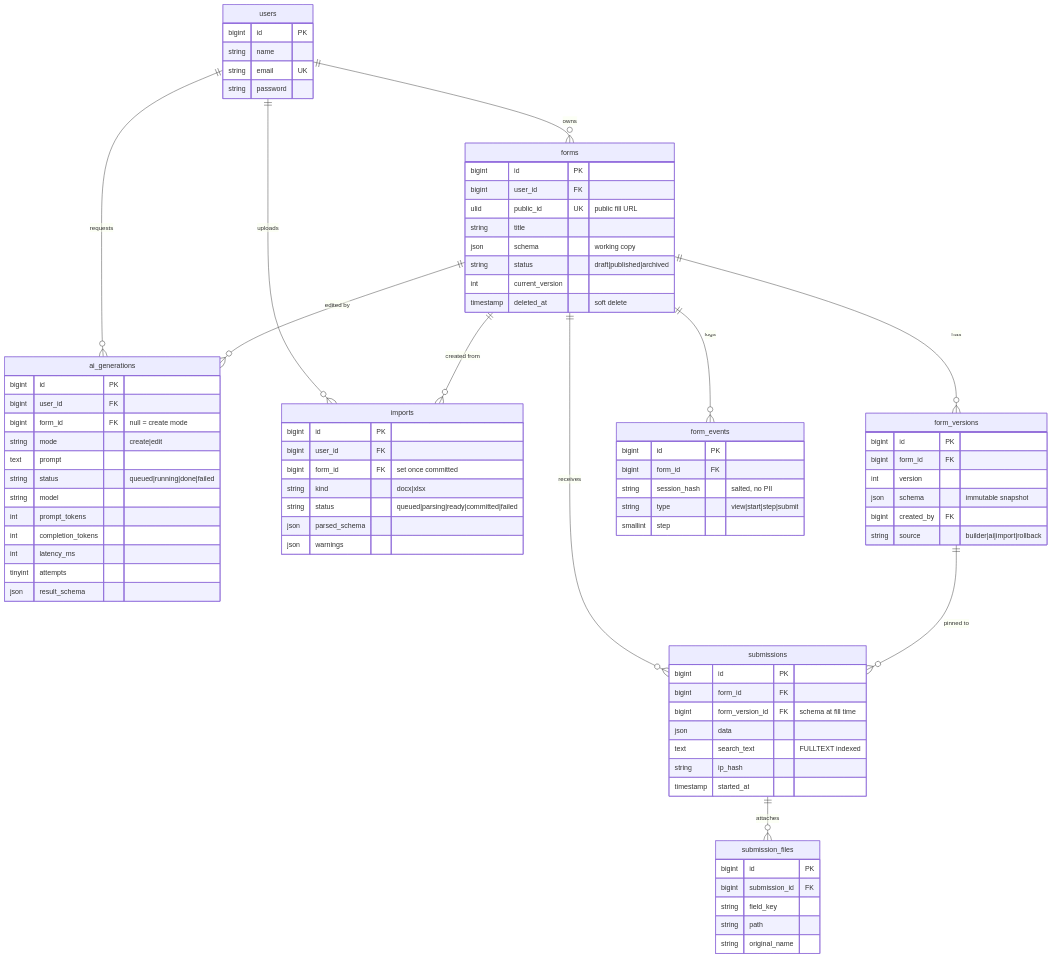
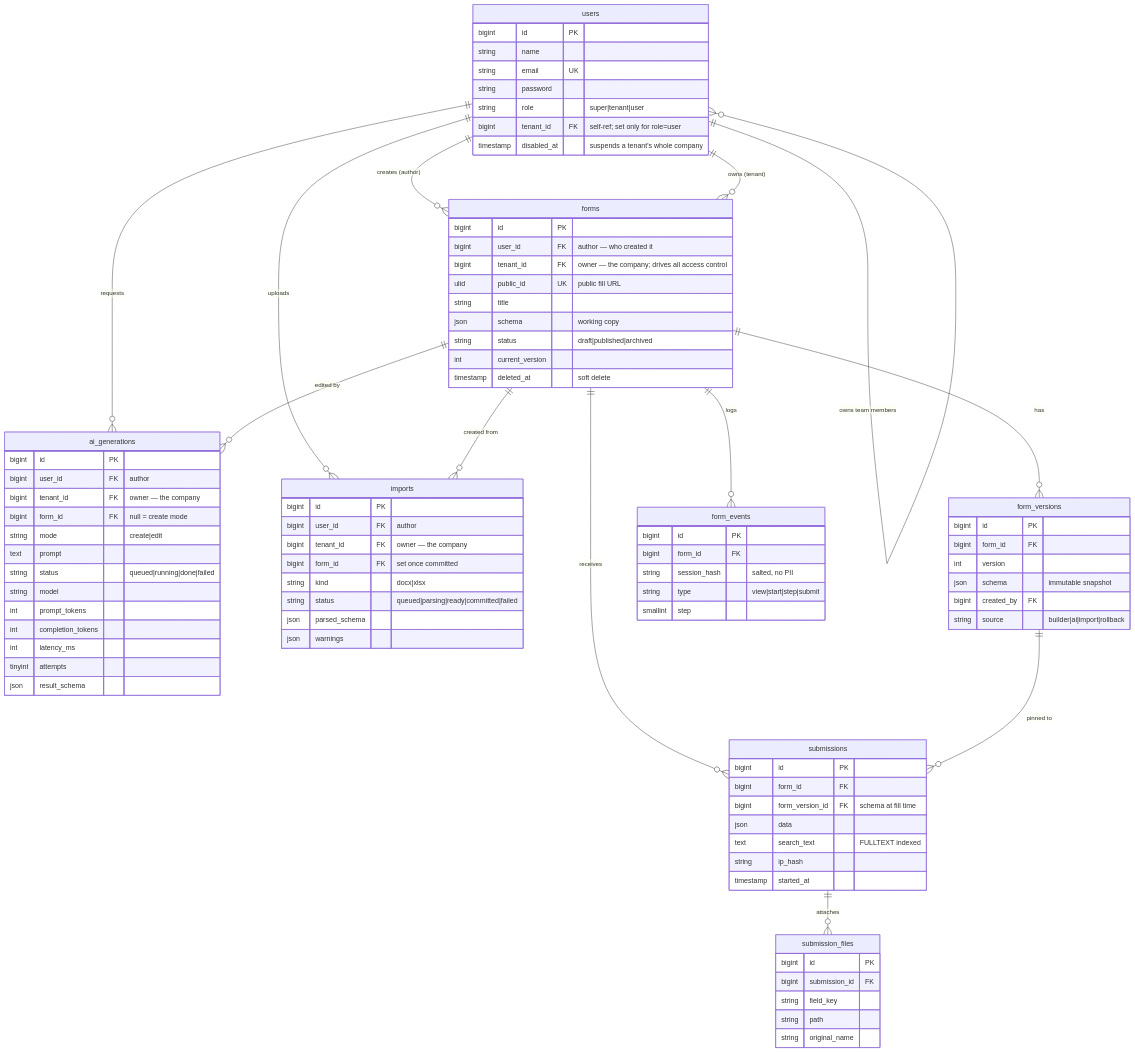
One commit to vikash8412/edunet-assignment changed the diagram in README.md. Above: the diagram before and after it, drawn with Mermaid. The commit also changed other lines of this file and 46 other files, not shown here.

First line of the commit message:
feat: multi-tenant role system (super/tenant/user)

````diff
--- a/README.md
+++ b/README.md
@@ -181,6 +235,8 @@
 ```mermaid
 erDiagram
-    users ||--o{ forms : owns
+    users ||--o{ users : "owns team members"
+    users ||--o{ forms : "creates (author)"
+    users ||--o{ forms : "owns (tenant)"
     users ||--o{ ai_generations : requests
     users ||--o{ imports : uploads
     forms ||--o{ form_versions : has
@@ -196,10 +252,14 @@
         string name
         string email UK
         string password
+        string role "super|tenant|user"
+        bigint tenant_id FK "self-ref; set only for role=user"
+        timestamp disabled_at "suspends a tenant's whole company"
     }
     forms {
         bigint id PK
-        bigint user_id FK
+        bigint user_id FK "author — who created it"
+        bigint tenant_id FK "owner — the company; drives all access control"
         ulid public_id UK "public fill URL"
         string title
         json schema "working copy"
@@ -240,7 +300,8 @@
     }
     ai_generations {
         bigint id PK
-        bigint user_id FK
+        bigint user_id FK "author"
+        bigint tenant_id FK "owner — the company"
         bigint form_id FK "null = create mode"
         string mode "create|edit"
         text prompt
@@ -254,7 +315,8 @@
     }
     imports {
         bigint id PK
-        bigint user_id FK
+        bigint user_id FK "author"
+        bigint tenant_id FK "owner — the company"
         bigint form_id FK "set once committed"
         string kind "docx|xlsx"
         string status "queued|parsing|ready|committed|failed"
````
